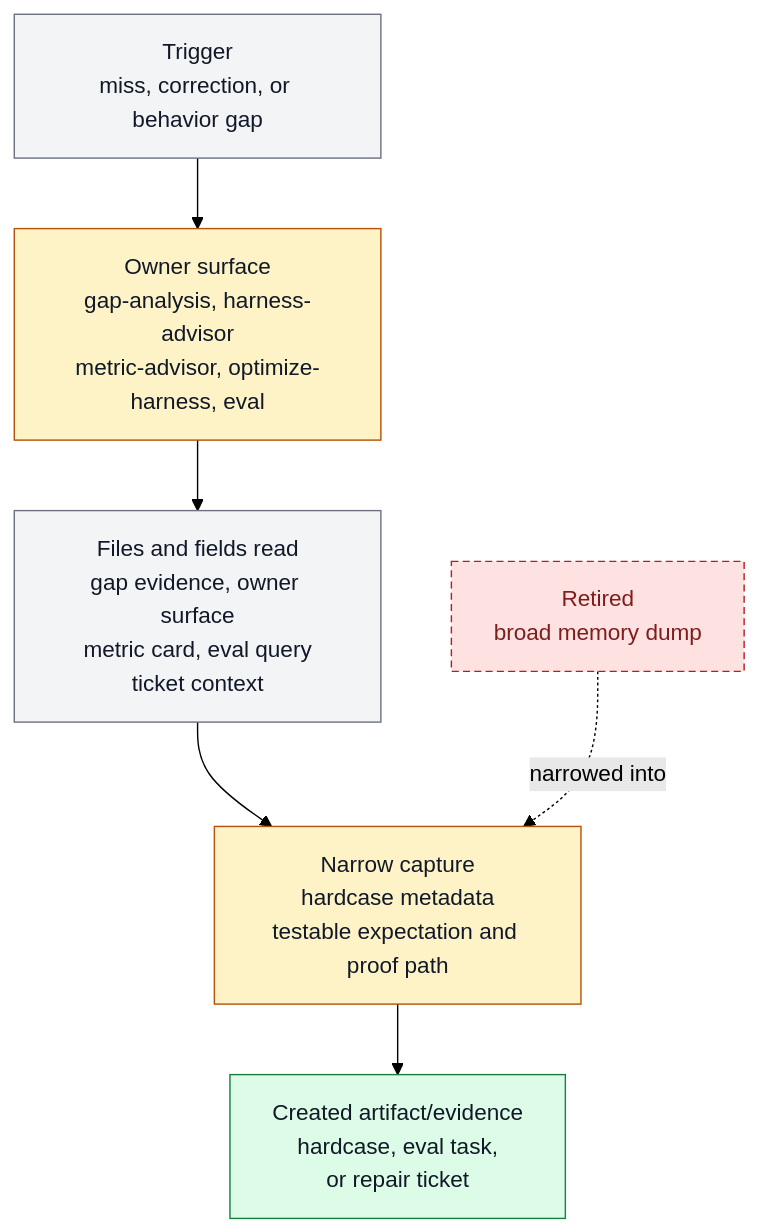
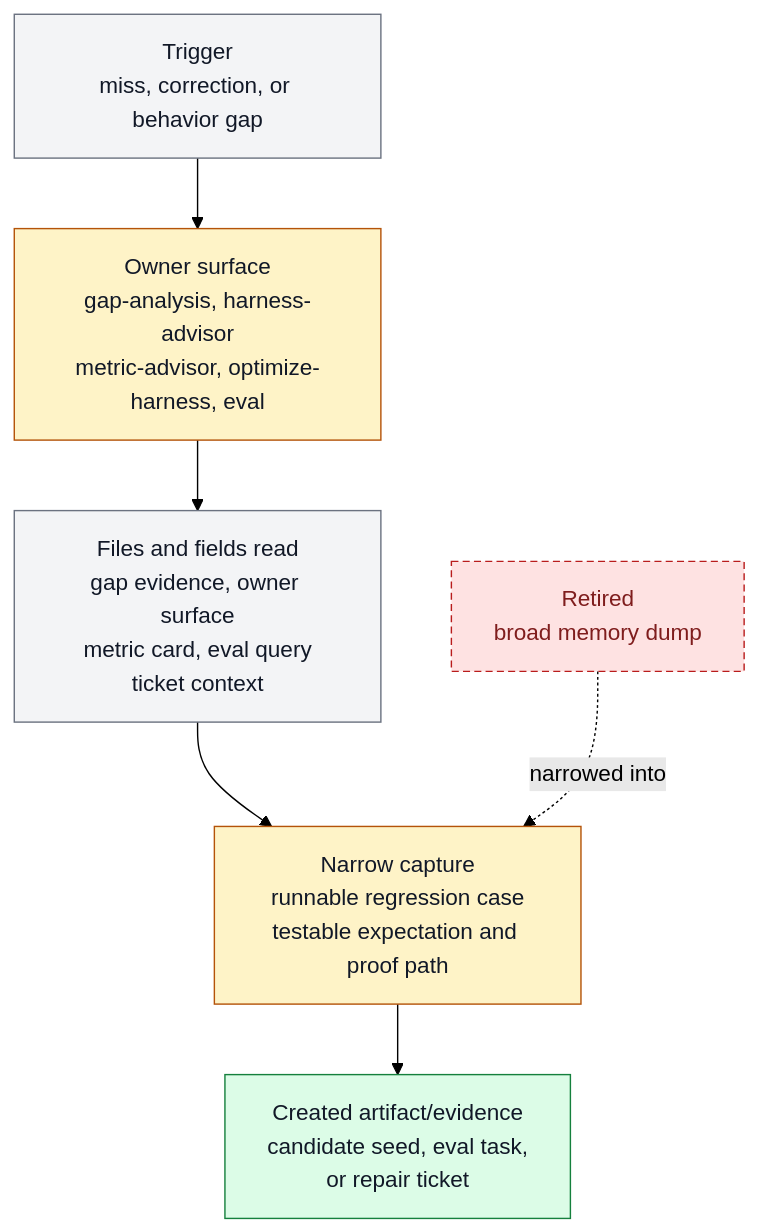
One commit to ZanarkandTechnologies/Farplane changed the diagram in docs/features/FEAT-0039-behavior-correction-hardcase-metadata-and-narrow-eval-capture.md. Above: the diagram before and after it, drawn with Mermaid (forest theme). The commit also changed other lines of this file and 150 other files, not shown here.

````diff
--- a/docs/features/FEAT-0039-behavior-correction-hardcase-metadata-and-narrow-eval-capture.md
+++ b/docs/features/FEAT-0039-behavior-correction-hardcase-metadata-and-narrow-eval-capture.md
@@ -121,17 +126,17 @@
 ```mermaid
 flowchart TD
   classDef keep fill:#f3f4f6,stroke:#6b7280,color:#111827
   classDef changed fill:#fef3c7,stroke:#b45309,color:#111827
   classDef added fill:#dcfce7,stroke:#15803d,color:#111827
   classDef retired fill:#fee2e2,stroke:#b91c1c,color:#7f1d1d,stroke-dasharray: 5 3
 
   trigger["Trigger<br/>miss, correction, or behavior gap"]:::keep
   owner["Owner surface<br/>gap-analysis, harness-advisor<br/>metric-advisor, optimize-harness, eval"]:::changed
   readers["Files and fields read<br/>gap evidence, owner surface<br/>metric card, eval query<br/>ticket context"]:::keep
-  capture["Narrow capture<br/>hardcase metadata<br/>testable expectation and proof path"]:::changed
-  artifact["Created artifact/evidence<br/>hardcase, eval task,<br/>or repair ticket"]:::added
+  capture["Narrow capture<br/>runnable regression case<br/>testable expectation and proof path"]:::changed
+  artifact["Created artifact/evidence<br/>candidate seed, eval task,<br/>or repair ticket"]:::added
   old["Retired<br/>broad memory dump"]:::retired
 
   trigger --> owner --> readers --> capture --> artifact
   old -. narrowed into .-> capture
 ```
````
